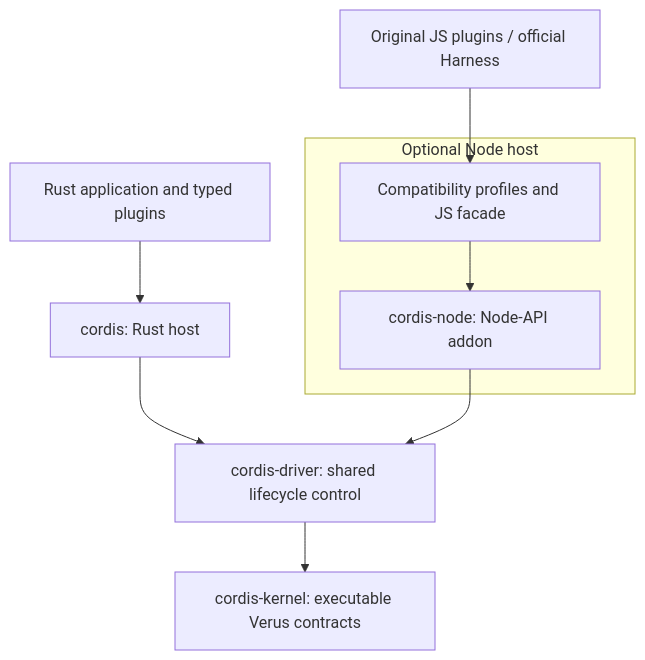
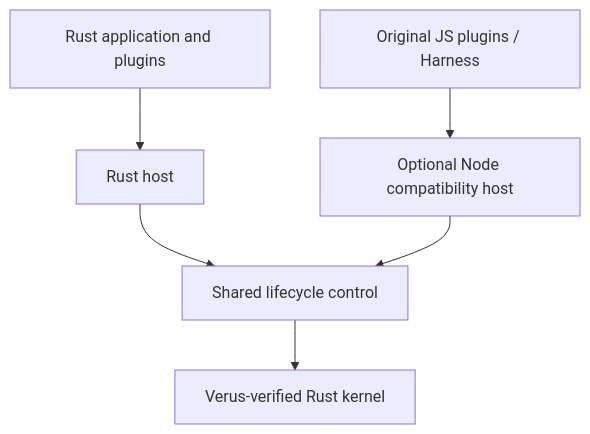
The diagram in README.md (validation-engineering/cordis-verus), drawn with Mermaid before and after one commit. The commit also changed other lines of this file and 2 other files, not shown here.

Commit message:
docs: focus README on verified runtime and getting started

````diff
--- a/README.md
+++ b/README.md
@@ -90,11 +42,8 @@
 ```mermaid
 flowchart TD
-    RustApp["Rust application and typed plugins"] --> RustHost["cordis: Rust host"]
-    JSApp["Original JS plugins / official Harness"] --> Facade["Compatibility profiles and JS facade"]
-    subgraph OptionalNode["Optional Node host"]
-        Facade --> NodeHost["cordis-node: Node-API addon"]
-    end
-    RustHost --> Driver["cordis-driver: shared lifecycle control"]
-    NodeHost --> Driver
-    Driver --> Kernel["cordis-kernel: executable Verus contracts"]
+    Rust["Rust application and plugins"] --> Runtime["Rust host"]
+    JS["Original JS plugins / Harness"] --> Node["Optional Node compatibility host"]
+    Runtime --> Driver["Shared lifecycle control"]
+    Node --> Driver
+    Driver --> Kernel["Verus-verified Rust kernel"]
 ```
````
